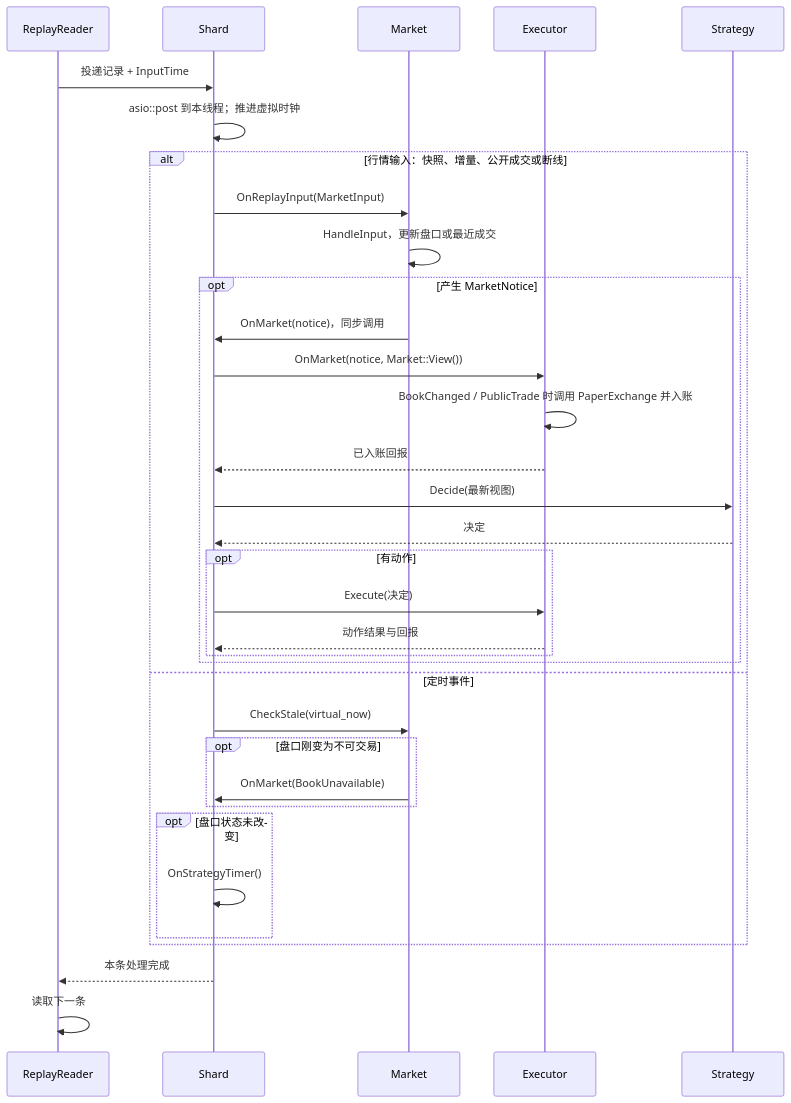
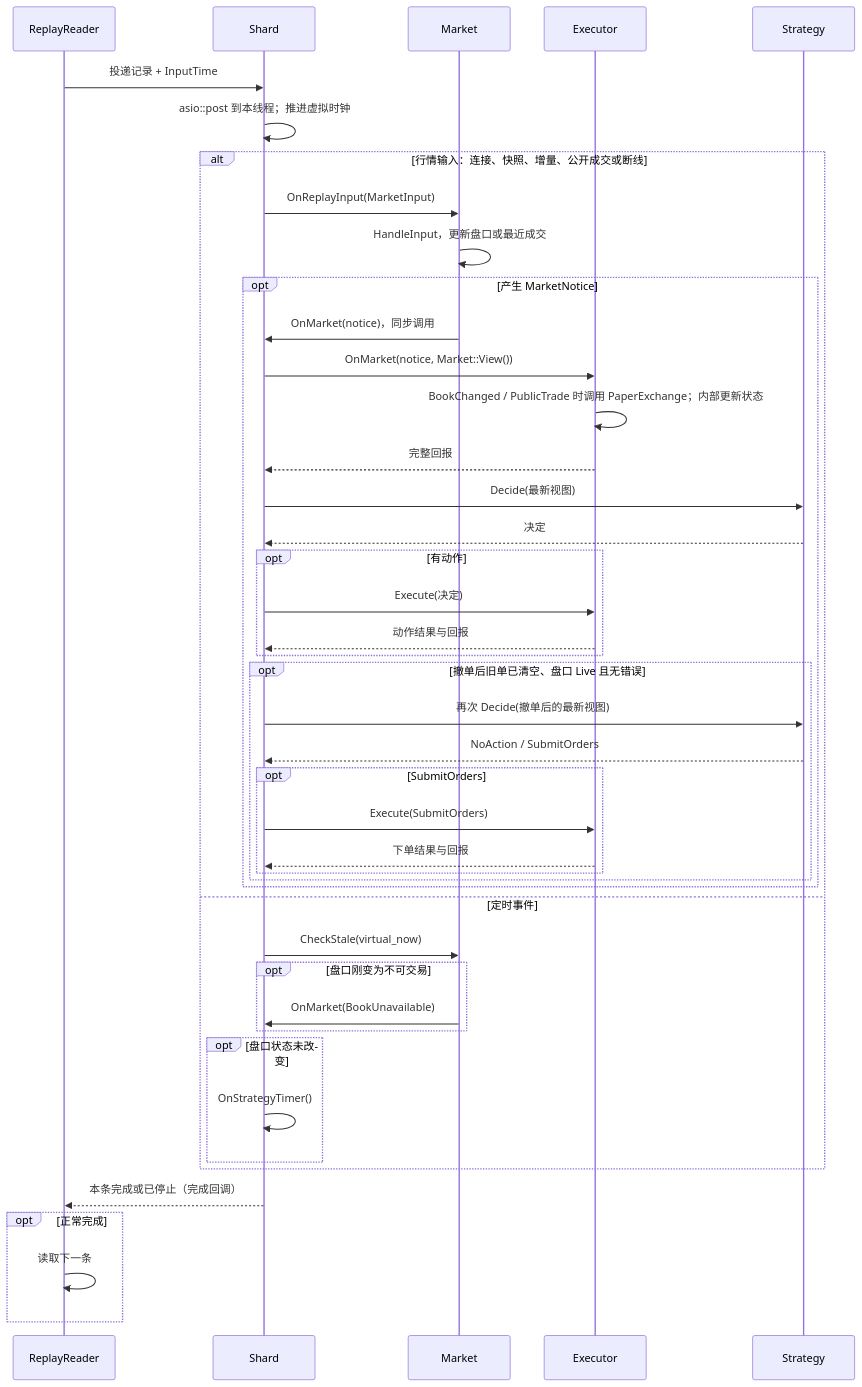
The fourth of 7 diagrams in docs/DESIGN.md (larrystd/hbot-quant), drawn with Mermaid before and after one commit. The commit also changed other lines of this file, not shown here.

```diff
--- a/docs/DESIGN.md
+++ b/docs/DESIGN.md
@@ -216,36 +306,46 @@
 ~~~mermaid
 sequenceDiagram
     participant F as ReplayReader
     participant S as Shard
     participant M as Market
     participant E as Executor
     participant P as Strategy
     F->>S: 投递记录 + InputTime
     S->>S: asio::post 到本线程；推进虚拟时钟
-    alt 行情输入：快照、增量、公开成交或断线
+    alt 行情输入：连接、快照、增量、公开成交或断线
         S->>M: OnReplayInput(MarketInput)
         M->>M: HandleInput，更新盘口或最近成交
         opt 产生 MarketNotice
             M->>S: OnMarket(notice)，同步调用
             S->>E: OnMarket(notice, Market::View())
-            E->>E: BookChanged / PublicTrade 时调用 PaperExchange 并入账
-            E-->>S: 已入账回报
+            E->>E: BookChanged / PublicTrade 时调用 PaperExchange；内部更新状态
+            E-->>S: 完整回报
             S->>P: Decide(最新视图)
             P-->>S: 决定
             opt 有动作
                 S->>E: Execute(决定)
                 E-->>S: 动作结果与回报
+            end
+            opt 撤单后旧单已清空、盘口 Live 且无错误
+                S->>P: 再次 Decide(撤单后的最新视图)
+                P-->>S: NoAction / SubmitOrders
+                opt SubmitOrders
+                    S->>E: Execute(SubmitOrders)
+                    E-->>S: 下单结果与回报
+                end
             end
         end
     else 定时事件
         S->>M: CheckStale(virtual_now)
         opt 盘口刚变为不可交易
             M->>S: OnMarket(BookUnavailable)
         end
         opt 盘口状态未改变
             S->>S: OnStrategyTimer()
         end
     end
-    S-->>F: 本条处理完成
-    F->>F: 读取下一条
+    S-->>F: 本条完成或已停止（完成回调）
+    opt 正常完成
+        F->>F: 读取下一条
+    end
 ~~~
```
